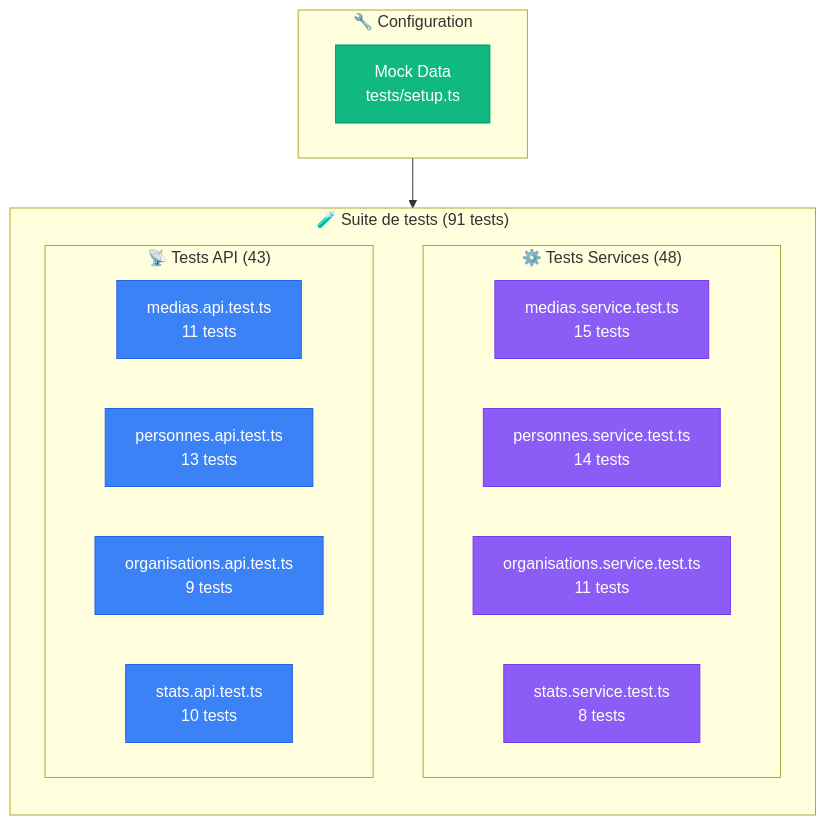
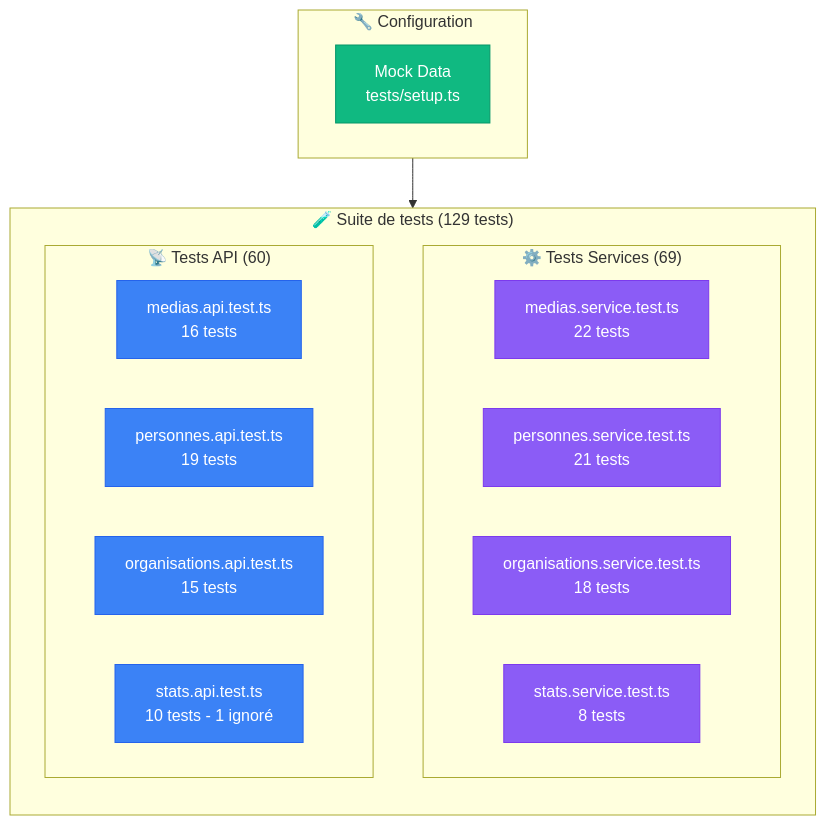
One commit to cedric-famibelle-pronzola/medias-francais-api changed diagram 14 of 14 in docs/diagrams.md. Above: the diagram before and after it, drawn with Mermaid. The commit also changed other lines of this file, not shown here.

Commit message:
docs: improve & fix diagrams

````diff
--- a/docs/diagrams.md
+++ b/docs/diagrams.md
@@ -603,36 +611,36 @@
 ```mermaid
 flowchart TB
-    subgraph Tests["🧪 Suite de tests (91 tests)"]
+    subgraph Tests["🧪 Suite de tests (129 tests)"]
         direction TB
 
-        subgraph Services["⚙️ Tests Services (48)"]
-            TS1[medias.service.test.ts<br/>15 tests]
-            TS2[personnes.service.test.ts<br/>14 tests]
-            TS3[organisations.service.test.ts<br/>11 tests]
+        subgraph Services["⚙️ Tests Services (69)"]
+            TS1[medias.service.test.ts<br/>22 tests]
+            TS2[personnes.service.test.ts<br/>21 tests]
+            TS3[organisations.service.test.ts<br/>18 tests]
             TS4[stats.service.test.ts<br/>8 tests]
         end
 
-        subgraph API["📡 Tests API (43)"]
-            TA1[medias.api.test.ts<br/>11 tests]
-            TA2[personnes.api.test.ts<br/>13 tests]
-            TA3[organisations.api.test.ts<br/>9 tests]
-            TA4[stats.api.test.ts<br/>10 tests]
+        subgraph API["📡 Tests API (60)"]
+            TA1[medias.api.test.ts<br/>16 tests]
+            TA2[personnes.api.test.ts<br/>19 tests]
+            TA3[organisations.api.test.ts<br/>15 tests]
+            TA4[stats.api.test.ts<br/>10 tests - 1 ignoré]
         end
     end
 
     subgraph Setup["🔧 Configuration"]
         MOCK[Mock Data<br/>tests/setup.ts]
     end
 
     Setup --> Tests
 
     style TS1 fill:#8b5cf6,stroke:#7c3aed,color:#fff
     style TS2 fill:#8b5cf6,stroke:#7c3aed,color:#fff
     style TS3 fill:#8b5cf6,stroke:#7c3aed,color:#fff
     style TS4 fill:#8b5cf6,stroke:#7c3aed,color:#fff
     style TA1 fill:#3b82f6,stroke:#2563eb,color:#fff
     style TA2 fill:#3b82f6,stroke:#2563eb,color:#fff
     style TA3 fill:#3b82f6,stroke:#2563eb,color:#fff
     style TA4 fill:#3b82f6,stroke:#2563eb,color:#fff
     style MOCK fill:#10b981,stroke:#059669,color:#fff
 ```
````
